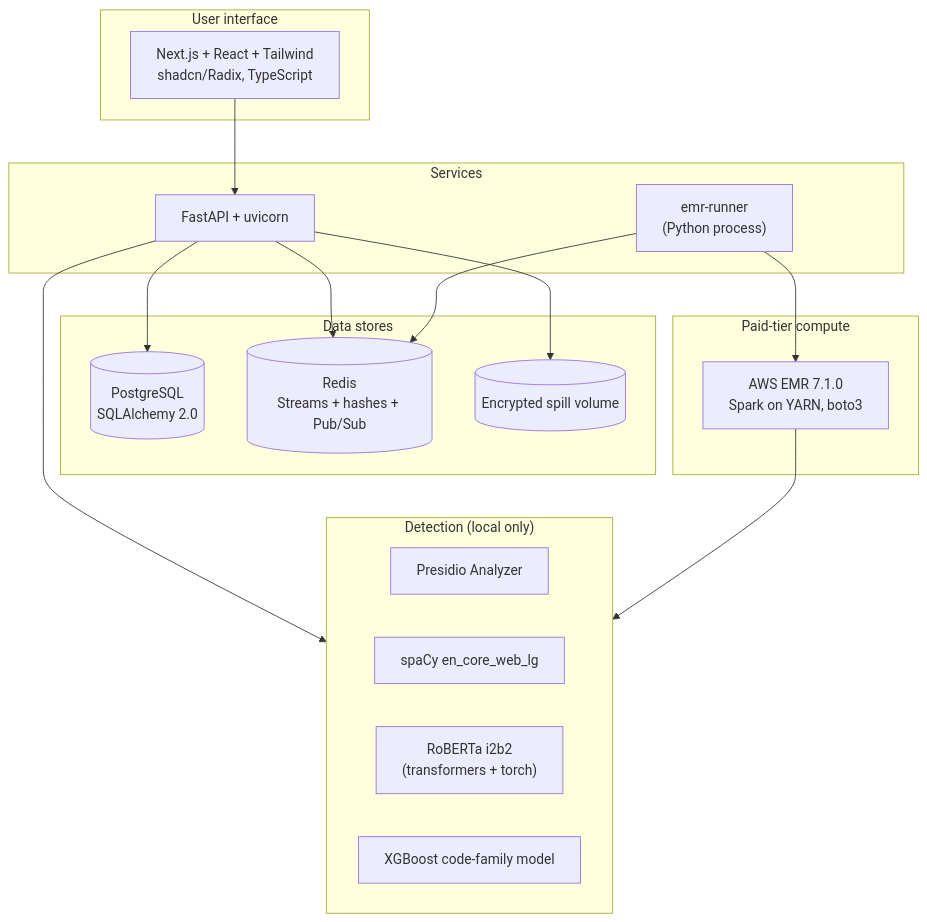
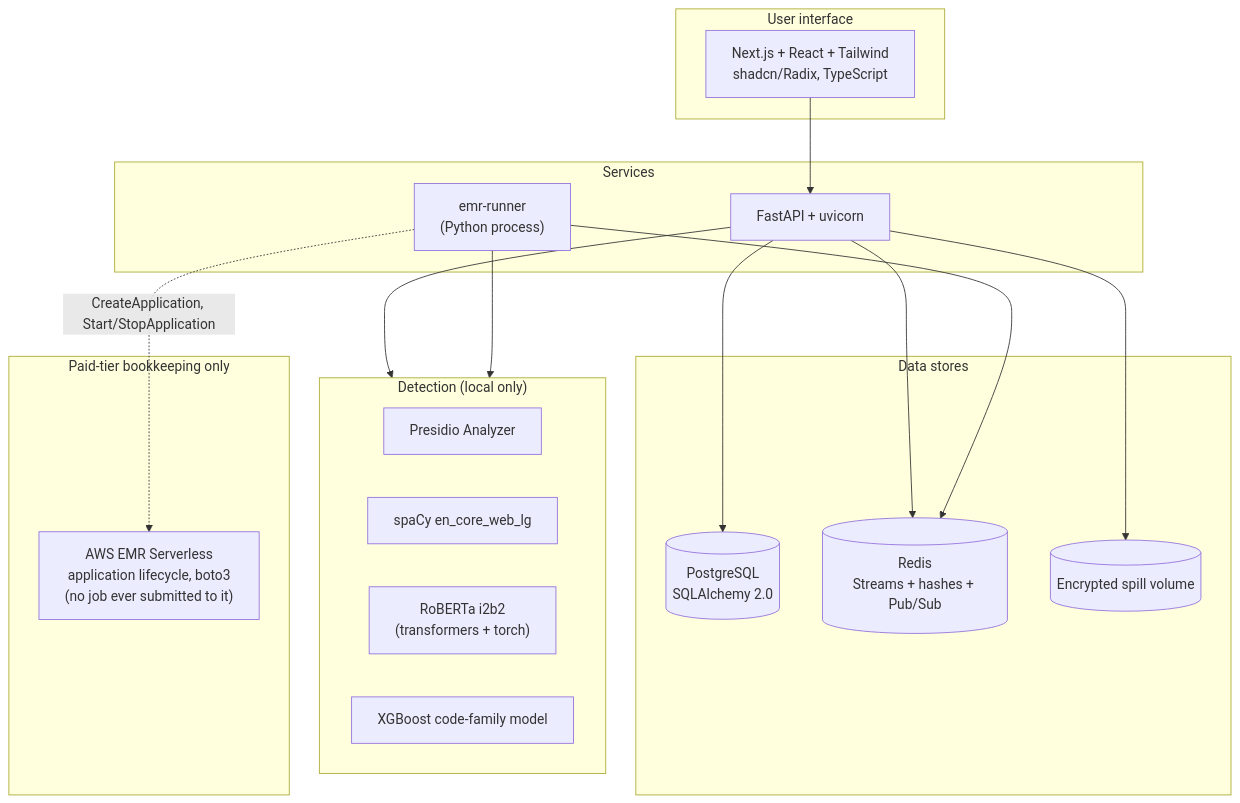
One commit to DataShield-sp18/data-shield-docs changed the diagram in docs/architecture/tech-stack.md. Above: the diagram before and after it, drawn with Mermaid. The commit also changed other lines of this file and 6 other files, not shown here.

First line of the commit message:
docs(emr): rewrite big-job lane for EMR Serverless

````diff
--- a/docs/architecture/tech-stack.md
+++ b/docs/architecture/tech-stack.md
@@ -3,32 +3,32 @@
 ```mermaid
 flowchart TB
     subgraph UI["User interface"]
         NEXT["Next.js + React + Tailwind<br/>shadcn/Radix, TypeScript"]
     end
     subgraph SVC["Services"]
         FAST["FastAPI + uvicorn"]
         RUN["emr-runner<br/>(Python process)"]
     end
     subgraph DET["Detection (local only)"]
         PRES["Presidio Analyzer"]
         SPACY["spaCy en_core_web_lg"]
         ROB["RoBERTa i2b2<br/>(transformers + torch)"]
         XGB["XGBoost code-family model"]
     end
     subgraph DATA["Data stores"]
         PG[("PostgreSQL<br/>SQLAlchemy 2.0")]
         RED[("Redis<br/>Streams + hashes + Pub/Sub")]
         VOL[("Encrypted spill volume")]
     end
-    subgraph CLOUD["Paid-tier compute"]
-        EMR["AWS EMR 7.1.0<br/>Spark on YARN, boto3"]
+    subgraph CLOUD["Paid-tier bookkeeping only"]
+        EMR["AWS EMR Serverless<br/>application lifecycle, boto3<br/>(no job ever submitted to it)"]
     end
     NEXT --> FAST
     FAST --> DET
     FAST --> PG
     FAST --> RED
     FAST --> VOL
     RUN --> RED
-    RUN --> EMR
-    EMR --> DET
+    RUN --> DET
+    RUN -.->|CreateApplication, Start/StopApplication| EMR
 ```
````
